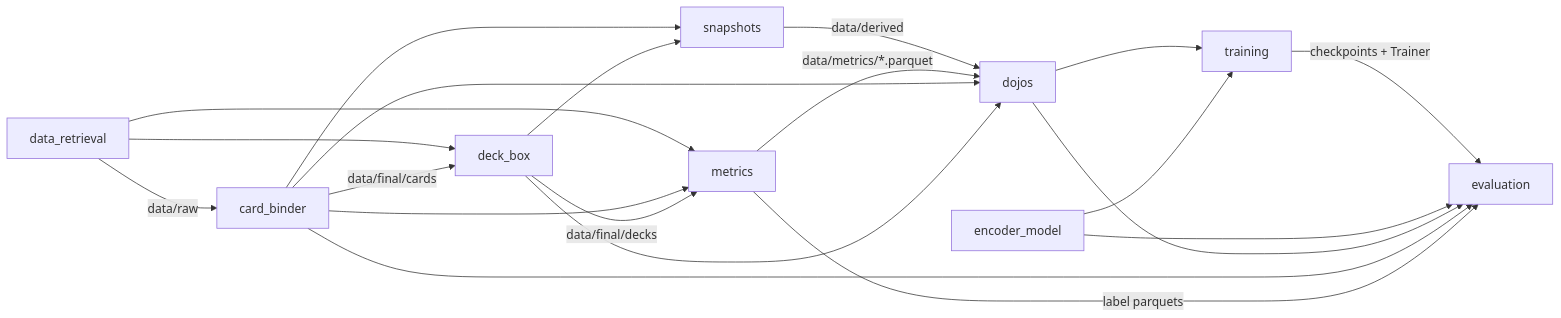
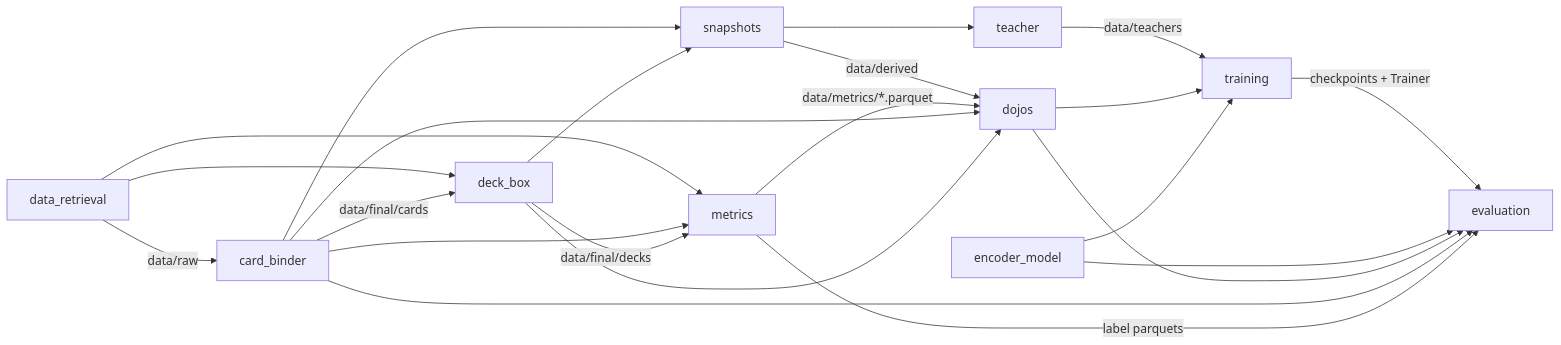
The diagram in src/README.md (toon-leader-bacon/TradingCardGameEmbeddings), drawn with Mermaid before and after one commit. The commit also changed other lines of this file and 29 other files, not shown here.

````diff
--- a/src/README.md
+++ b/src/README.md
@@ -11,22 +11,24 @@
 ```mermaid
 flowchart LR
     R[data_retrieval] -->|data/raw| CB[card_binder]
     R --> DB[deck_box]
     R --> M[metrics]
     CB -->|data/final/cards| DB
     CB --> M
     DB -->|data/final/decks| M
     CB --> S[snapshots]
     DB --> S
     S -->|data/derived| D
+    S --> TE[teacher]
+    TE -->|data/teachers| T
     M -->|data/metrics/*.parquet| D[dojos]
     CB --> D
     DB --> D
     D --> T[training]
     E[encoder_model] --> T
     T -->|checkpoints + Trainer| V[evaluation]
     E --> V
     D --> V
     CB --> V
     M -->|label parquets| V
 ```
````
